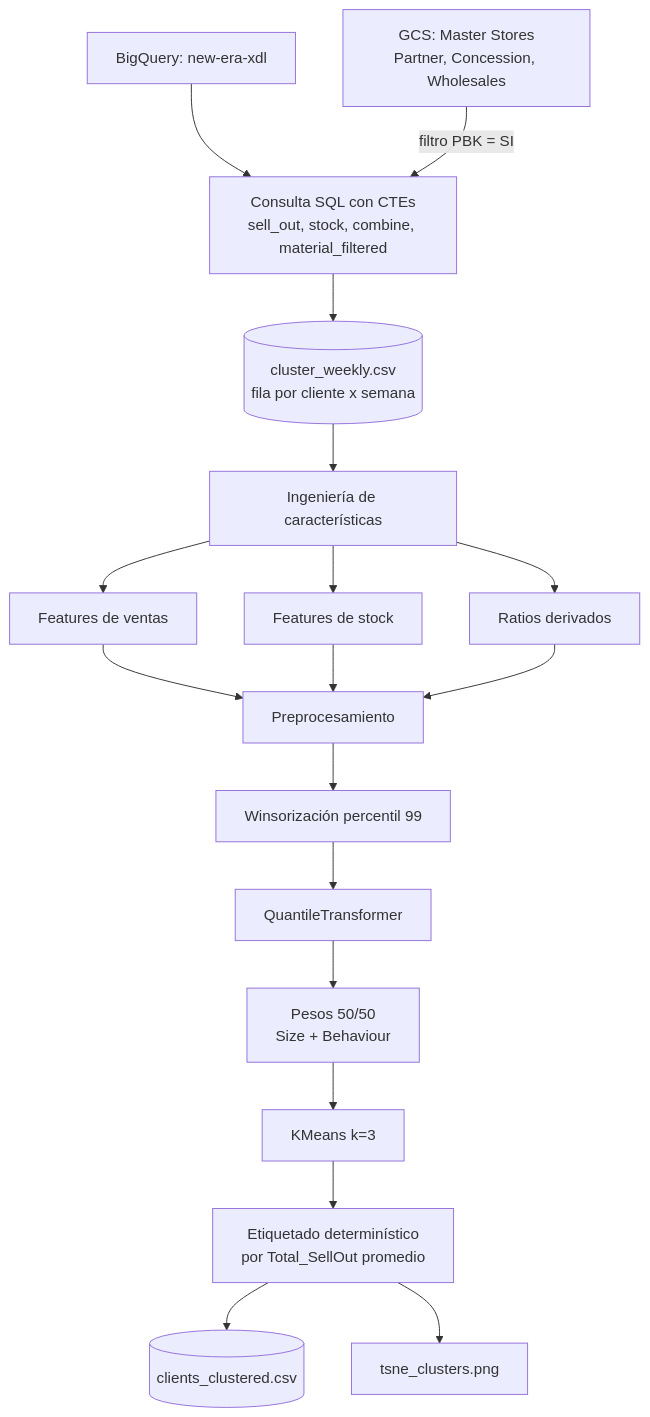
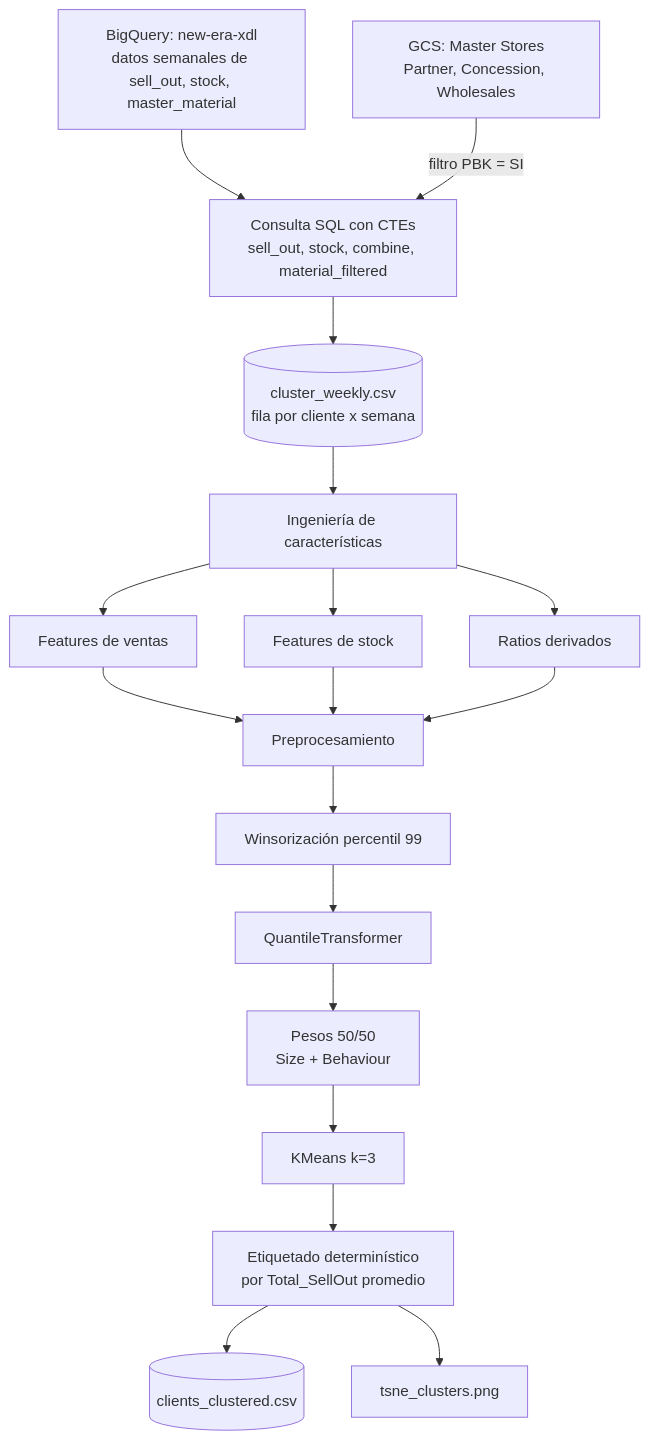
One commit to CarolinaNPA/kdrama-recommender changed the diagram in README.md. Above: the diagram before and after it, drawn with Mermaid.

````diff
--- a/README.md
+++ b/README.md
@@ -21,20 +21,20 @@
 ```mermaid
 flowchart TD
-    A[BigQuery: new-era-xdl<br/><datos semanales de sell_out, stock, master_material] --> B[Consulta SQL con CTEs<br/>sell_out, stock, combine, material_filtered]
+    A[BigQuery: new-era-xdl<br/>datos semanales de sell_out, stock, master_material] --> B[Consulta SQL con CTEs<br/>sell_out, stock, combine, material_filtered]
     C[GCS: Master Stores<br/>Partner, Concession, Wholesales] -->|filtro PBK = SI| B
     B --> D[(cluster_weekly.csv<br/>fila por cliente x semana)]
     D --> E[Ingeniería de características]
     E --> E1[Features de ventas]
     E --> E2[Features de stock]
     E --> E3[Ratios derivados]
     E1 --> F[Preprocesamiento]
     E2 --> F
     E3 --> F
     F --> F1[Winsorización percentil 99]
     F1 --> F2[QuantileTransformer]
     F2 --> F3[Pesos 50/50<br/>Size + Behaviour]
     F3 --> G[KMeans k=3]
     G --> H[Etiquetado determinístico<br/>por Total_SellOut promedio]
     H --> I1[(clients_clustered.csv)]
     H --> I2[tsne_clusters.png]
 ```
````
